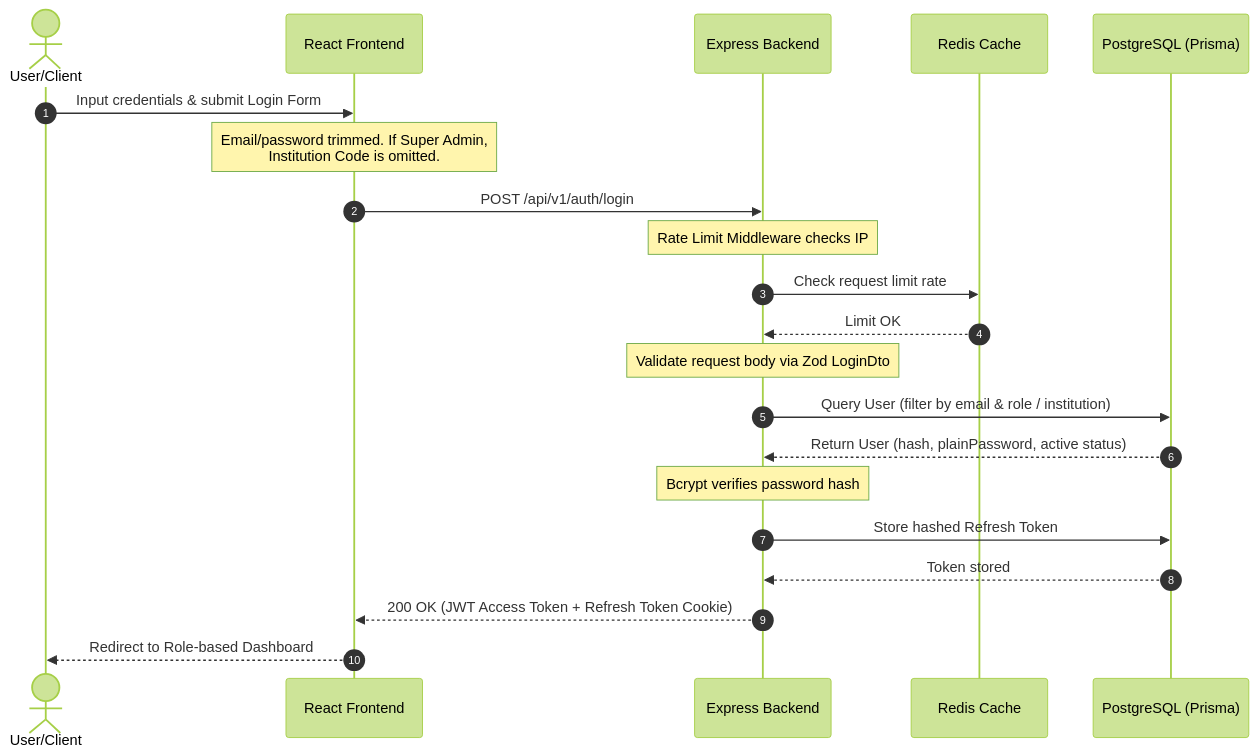
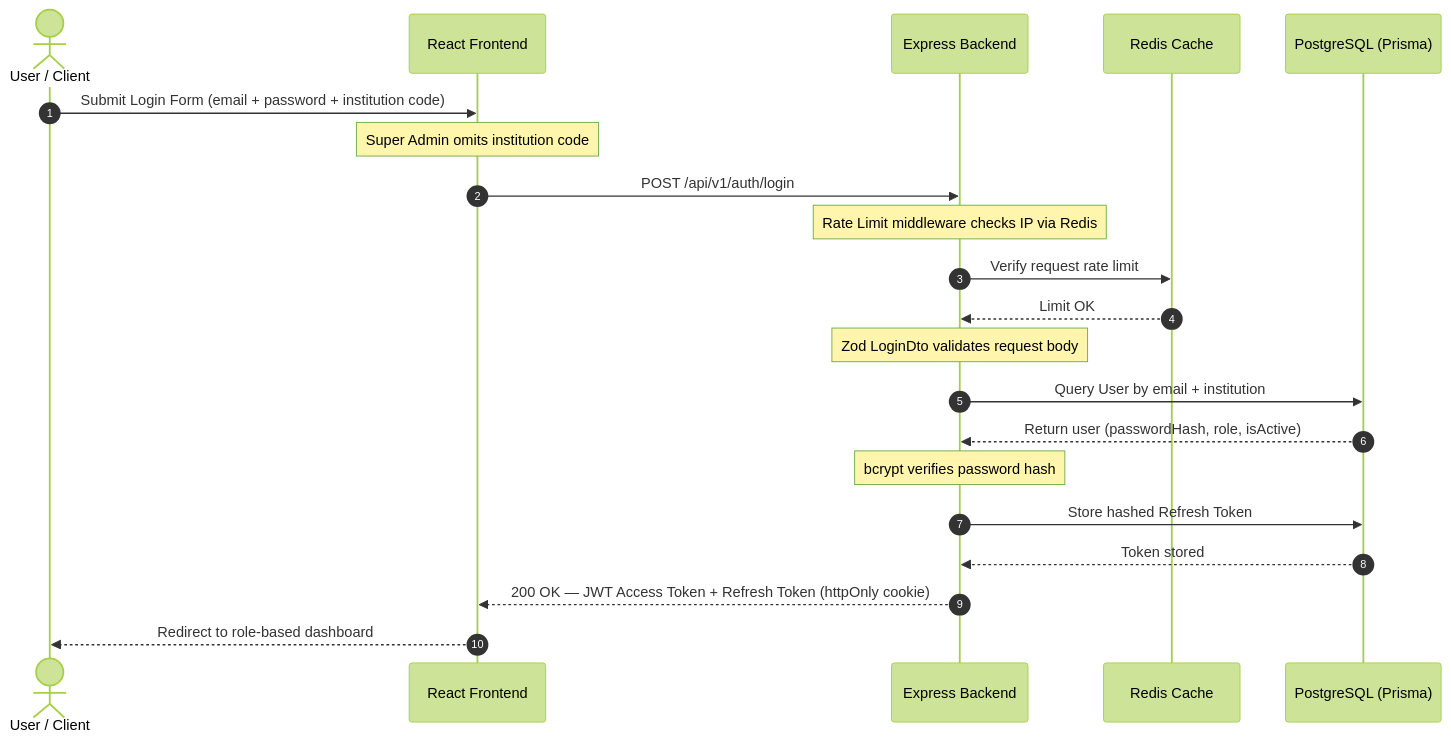
Before and after one commit to RafatAiub/PeopleIT-SMS-student-management-system-: the second of 12 diagrams in README.md, drawn with Mermaid (forest theme). The commit also changed other lines of this file, not shown here.

Commit message:
docs: complete README rewrite with full 31-model ERD, API overview, role matrix, and project explanation

````diff
--- a/README.md
+++ b/README.md
@@ -44,28 +55,28 @@
 ```mermaid
 sequenceDiagram
     autonumber
-    actor User as User/Client
+    actor User as User / Client
     participant FE as React Frontend
     participant BE as Express Backend
     participant Redis as Redis Cache
     participant DB as PostgreSQL (Prisma)
 
-    User->>FE: Input credentials & submit Login Form
-    Note over FE: Email/password trimmed. If Super Admin,<br/>Institution Code is omitted.
+    User->>FE: Submit Login Form (email + password + institution code)
+    Note over FE: Super Admin omits institution code
     FE->>BE: POST /api/v1/auth/login
-    
-    Note over BE: Rate Limit Middleware checks IP
-    BE->>Redis: Check request limit rate
+
+    Note over BE: Rate Limit middleware checks IP via Redis
+    BE->>Redis: Verify request rate limit
     Redis-->>BE: Limit OK
 
-    Note over BE: Validate request body via Zod LoginDto
-    BE->>DB: Query User (filter by email & role / institution)
-    DB-->>BE: Return User (hash, plainPassword, active status)
-    
-    Note over BE: Bcrypt verifies password hash
+    Note over BE: Zod LoginDto validates request body
+    BE->>DB: Query User by email + institution
+    DB-->>BE: Return user (passwordHash, role, isActive)
+
+    Note over BE: bcrypt verifies password hash
     BE->>DB: Store hashed Refresh Token
     DB-->>BE: Token stored
-    
-    BE-->>FE: 200 OK (JWT Access Token + Refresh Token Cookie)
-    FE-->>User: Redirect to Role-based Dashboard
+
+    BE-->>FE: 200 OK — JWT Access Token + Refresh Token (httpOnly cookie)
+    FE-->>User: Redirect to role-based dashboard
 ```
````
